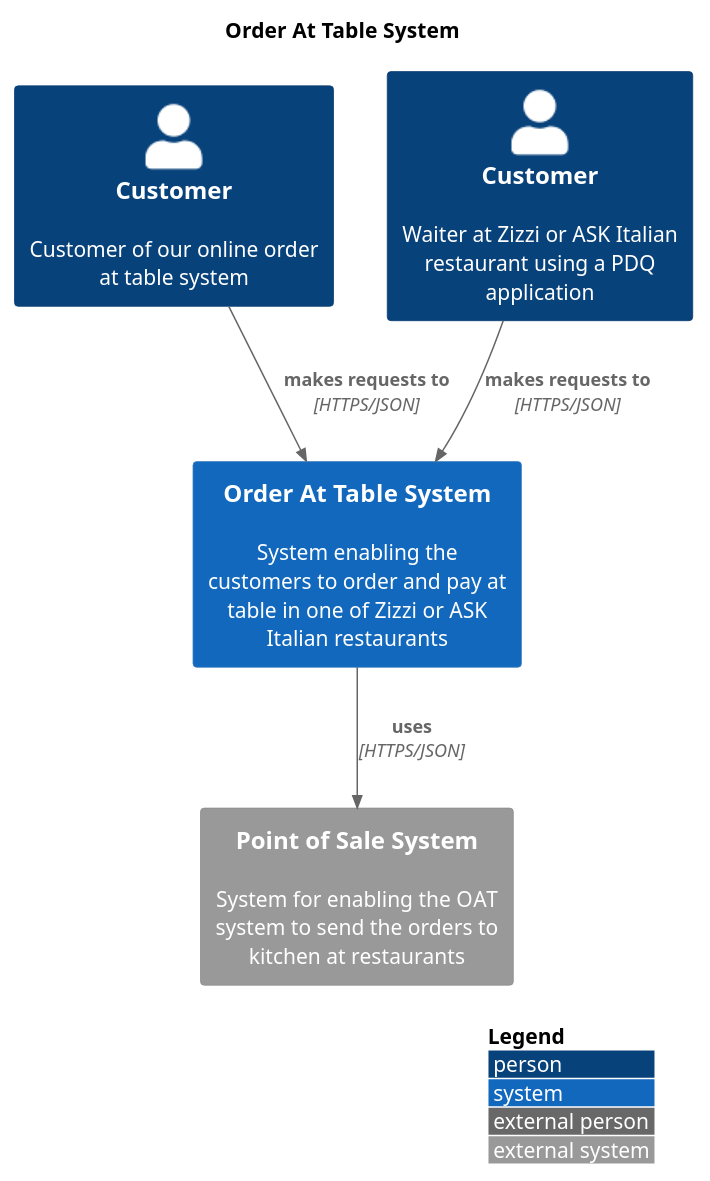
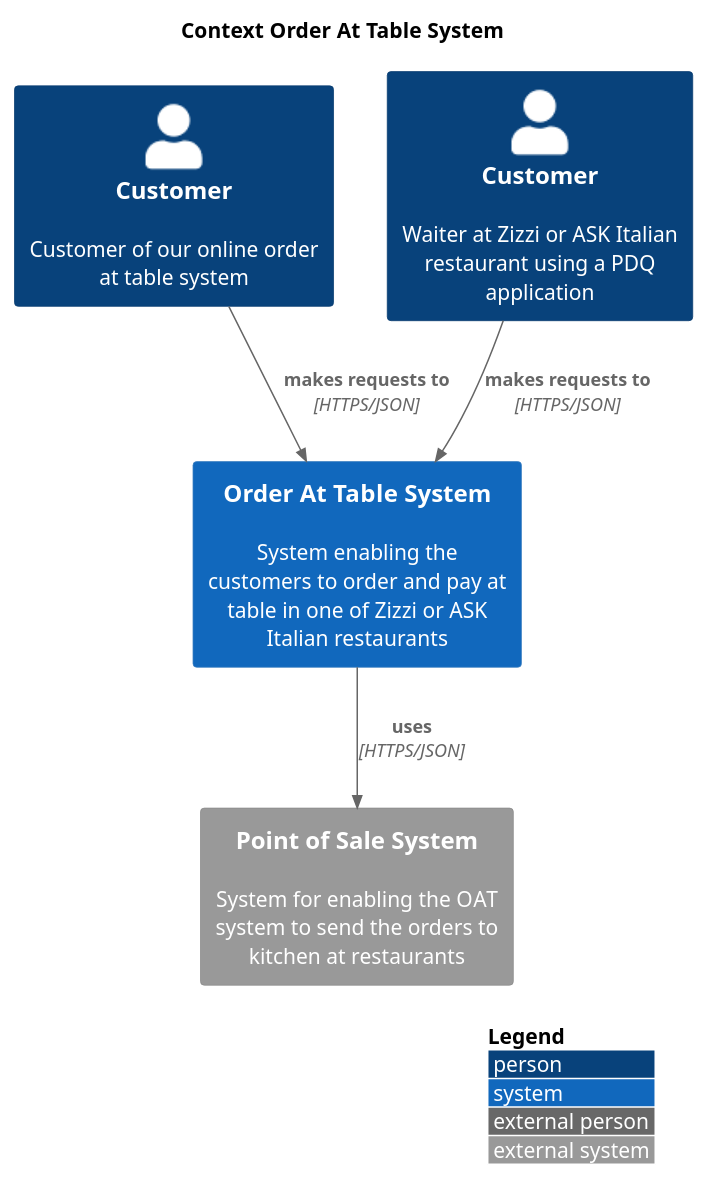
One commit to anandakumarpalanisamy/css-recipes changed the diagram in uml/oatcontext.puml. Above: the diagram before and after it, drawn with PlantUML.

```diff
--- a/uml/oatcontext.puml
+++ b/uml/oatcontext.puml
@@ -1,17 +1,17 @@
 @startuml
 !include https://raw.githubusercontent.com/plantuml-stdlib/C4-PlantUML/master/C4_Context.puml
 
 LAYOUT_WITH_LEGEND()
 
-title Order At Table System
+title Context Order At Table System
 
 Person(ecommCustomer, Customer, "Customer of our online order at table system")
 Person(pdqWaiter, Customer, "Waiter at Zizzi or ASK Italian restaurant using a PDQ application")
 System(oat, "Order At Table System", "System enabling the customers to order and pay at table in one of Zizzi or ASK Italian restaurants")
 System_Ext(comtrex, "Point of Sale System", "System for enabling the OAT system to send the orders to kitchen at restaurants")
 
 Rel(ecommCustomer, oat, "makes requests to", "HTTPS/JSON")
 Rel(pdqWaiter, oat, "makes requests to", "HTTPS/JSON")
 Rel(oat, comtrex, "uses", "HTTPS/JSON")
 
 @enduml
```
